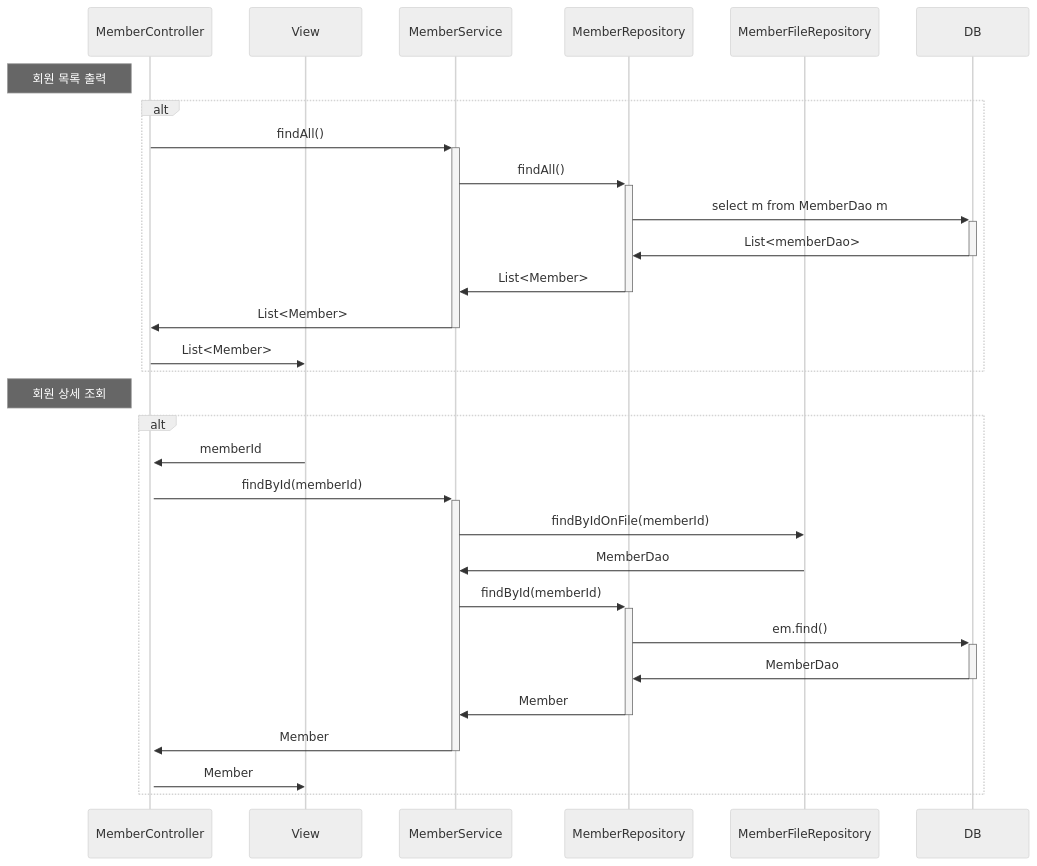
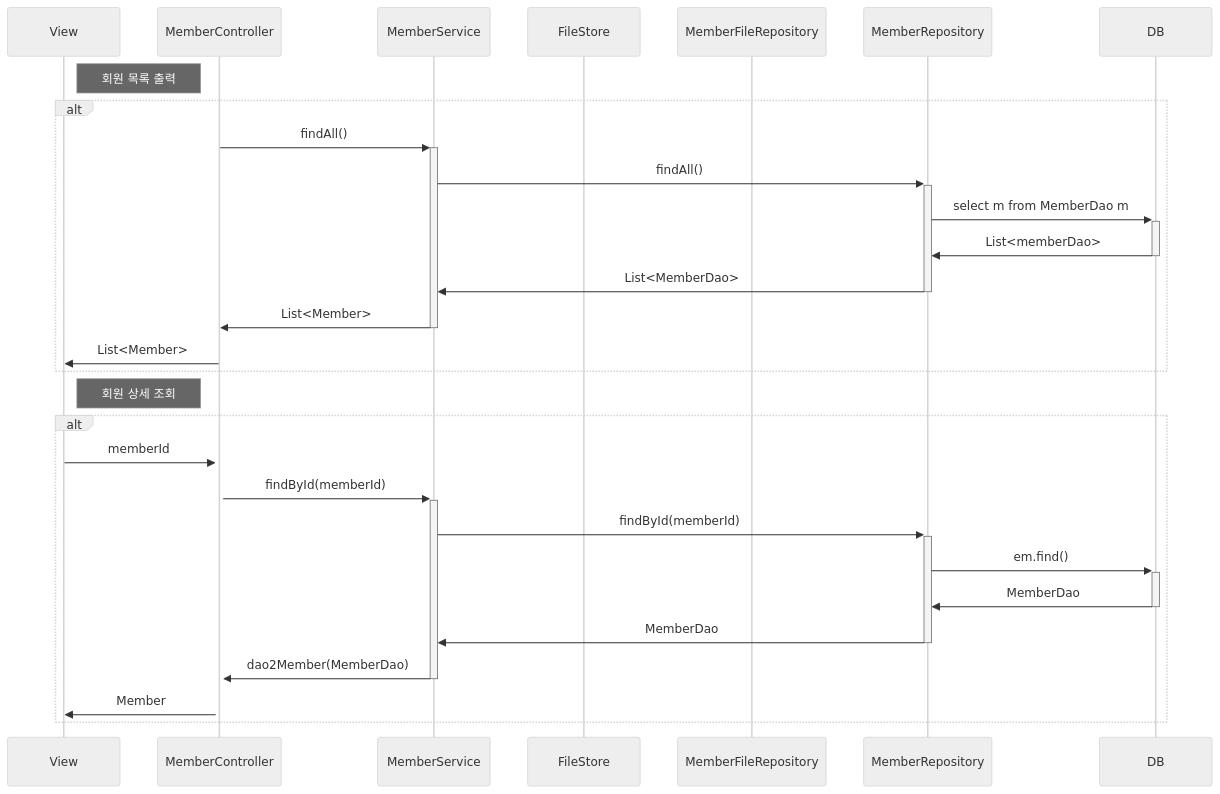
The second of 4 diagrams in seq.md (zittoooo/Page), drawn with Mermaid (neutral theme) before and after one commit. The commit also changed other lines of this file, not shown here.

Commit message:
update 수정으로 시퀀스 다이어그램 수정

````diff
--- a/seq.md
+++ b/seq.md
@@ -31,34 +29,33 @@
 ```mermaid
 sequenceDiagram
+    participant V as View
     participant C as MemberController
-    participant V as View
-    participant S as MemberService 
+    participant S as MemberService
+    participant FS as FileStore
+    participant FR as MemberFileRepository
     participant R as MemberRepository
-    participant F as MemberFileRepository
 
     Note left of C: 회원 목록 출력
     alt
     C->>+S: findAll()
     S->>+R:findAll();
     R->>+DB: select m from MemberDao m
     DB->>-R: List<memberDao>
-    R->>-S: List<Member>
+    R->>-S: List<MemberDao>
     S->>-C: List<Member>
     C->>V:List<Member>
     end
 
     Note left of C: 회원 상세 조회
     alt
     V->>+C:memberId
     C->>+S:findById(memberId)
-    S->>F:findByIdOnFile(memberId)
-    F->>S:MemberDao
     S->>+R:findById(memberId)
     R->>+DB:em.find()    
     DB->>-R:MemberDao
-    R->>-S:Member
-    S->>-C: Member
+    R->>-S:MemberDao
+    S->>-C:dao2Member(MemberDao)
     C->>V:Member
     end
 
 ```
````
